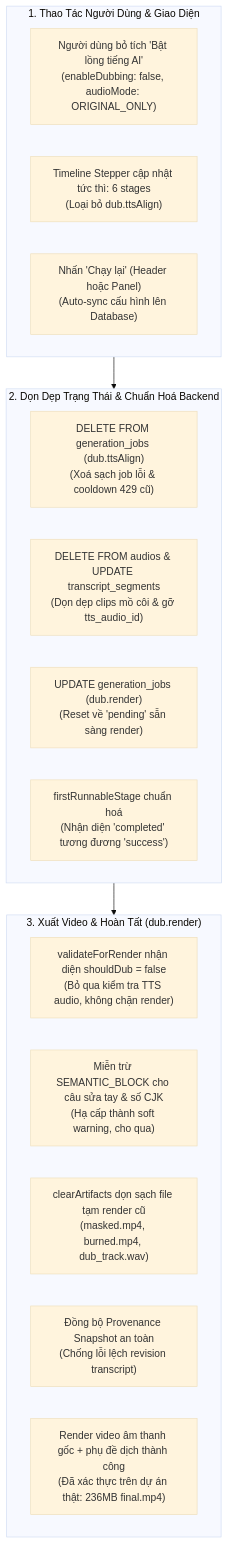
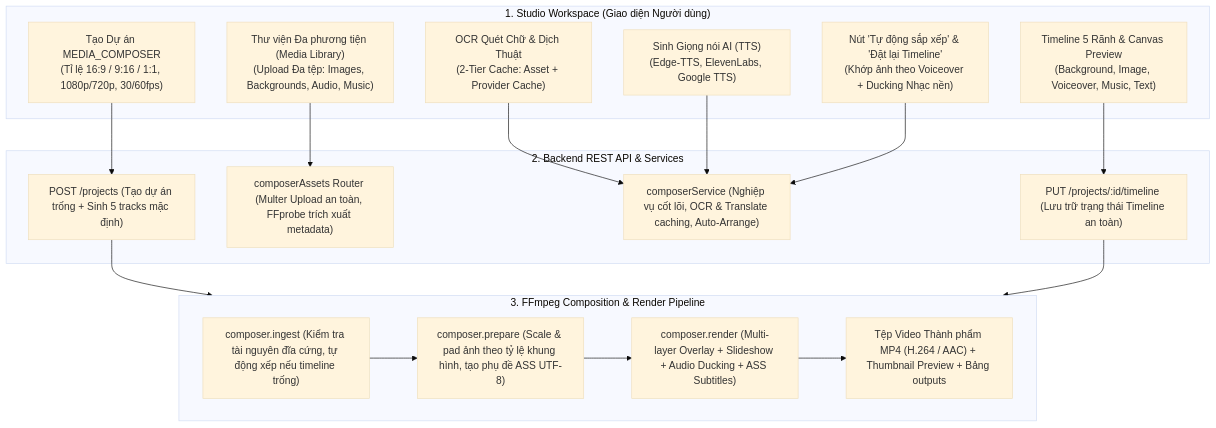
Before and after one commit to Trungtran1945/Video-AI: the diagram in REPORT.md, drawn with Mermaid (base theme). The commit also changed other lines of this file and 51 other files, not shown here.

First line of the commit message:
feat: trien khai mode AI Media Composer va nang cap multi-track video studio

````diff
--- a/REPORT.md
+++ b/REPORT.md
@@ -31,25 +86,35 @@
 ```mermaid
 flowchart TD
-    subgraph S1["1. Thao Tác Người Dùng & Giao Diện"]
-        A1["Người dùng bỏ tích 'Bật lồng tiếng AI'\n(enableDubbing: false, audioMode: ORIGINAL_ONLY)"]
-        A2["Timeline Stepper cập nhật tức thì: 6 stages\n(Loại bỏ dub.ttsAlign)"]
-        A3["Nhấn 'Chạy lại' (Header hoặc Panel)\n(Auto-sync cấu hình lên Database)"]
+    subgraph UI["1. Studio Workspace (Giao diện Người dùng)"]
+        A1["Tạo Dự án MEDIA_COMPOSER\n(Tỉ lệ 16:9 / 9:16 / 1:1, 1080p/720p, 30/60fps)"]
+        A2["Thư viện Đa phương tiện (Media Library)\n(Upload Đa tệp: Images, Backgrounds, Audio, Music)"]
+        A3["OCR Quét Chữ & Dịch Thuật\n(2-Tier Cache: Asset + Provider Cache)"]
+        A4["Sinh Giọng nói AI (TTS)\n(Edge-TTS, ElevenLabs, Google TTS)"]
+        A5["Nút 'Tự động sắp xếp' & 'Đặt lại Timeline'\n(Khớp ảnh theo Voiceover + Ducking Nhạc nền)"]
+        A6["Timeline 5 Rãnh & Canvas Preview\n(Background, Image, Voiceover, Music, Text)"]
     end
 
-    subgraph S2["2. Dọn Dẹp Trạng Thái & Chuẩn Hoá Backend"]
-        B1["DELETE FROM generation_jobs (dub.ttsAlign)\n(Xoá sạch job lỗi & cooldown 429 cũ)"]
-        B2["DELETE FROM audios & UPDATE transcript_segments\n(Dọn dẹp clips mồ côi & gỡ tts_audio_id)"]
-        B3["UPDATE generation_jobs (dub.render)\n(Reset về 'pending' sẵn sàng render)"]
-        B4["firstRunnableStage chuẩn hoá\n(Nhận diện 'completed' tương đương 'success')"]
+    subgraph API["2. Backend REST API & Services"]
+        B1["POST /projects (Tạo dự án trống + Sinh 5 tracks mặc định)"]
+        B2["composerAssets Router (Multer Upload an toàn, FFprobe trích xuất metadata)"]
+        B3["composerService (Nghiệp vụ cốt lõi, OCR & Translate caching, Auto-Arrange)"]
+        B4["PUT /projects/:id/timeline (Lưu trữ trạng thái Timeline an toàn)"]
     end
 
-    subgraph S3["3. Xuất Video & Hoàn Tất (dub.render)"]
-        C1["validateForRender nhận diện shouldDub = false\n(Bỏ qua kiểm tra TTS audio, không chặn render)"]
-        C2["Miễn trừ SEMANTIC_BLOCK cho câu sửa tay & số CJK\n(Hạ cấp thành soft warning, cho qua)"]
-        C3["clearArtifacts dọn sạch file tạm render cũ\n(masked.mp4, burned.mp4, dub_track.wav)"]
-        C4["Đồng bộ Provenance Snapshot an toàn\n(Chống lỗi lệch revision transcript)"]
-        C5["Render video âm thanh gốc + phụ đề dịch thành công\n(Đã xác thực trên dự án thật: 236MB final.mp4)"]
+    subgraph Pipeline["3. FFmpeg Composition & Render Pipeline"]
+        C1["composer.ingest (Kiểm tra tài nguyên đĩa cứng, tự động xếp nếu timeline trống)"]
+        C2["composer.prepare (Scale & pad ảnh theo tỷ lệ khung hình, tạo phụ đề ASS UTF-8)"]
+        C3["composer.render (Multi-layer Overlay + Slideshow + Audio Ducking + ASS Subtitles)"]
+        C4["Tệp Video Thành phẩm MP4 (H.264 / AAC) + Thumbnail Preview + Bảng outputs"]
     end
 
-    S1 --> S2 --> S3
+    A1 --> B1
+    A2 --> B2
+    A3 --> B3
+    A4 --> B3
+    A5 --> B3
+    A6 --> B4
+    B1 --> Pipeline
+    B4 --> Pipeline
+    C1 --> C2 --> C3 --> C4
 ```
````
